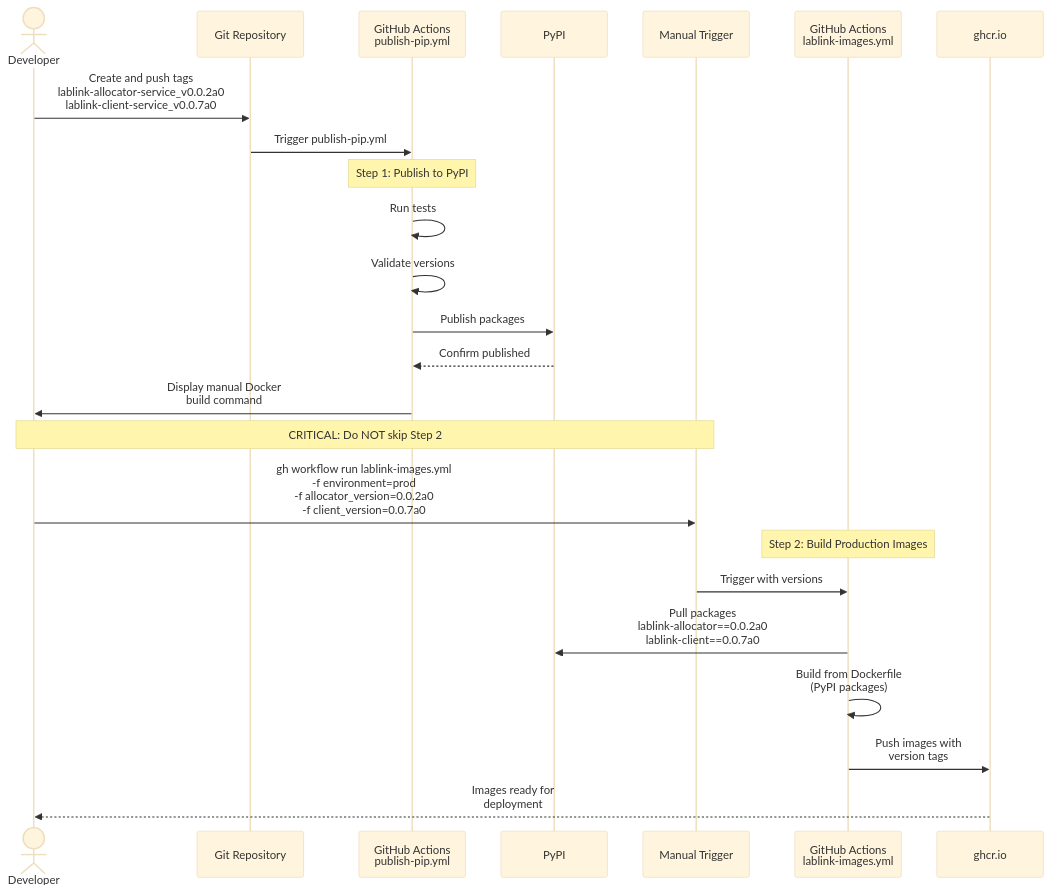
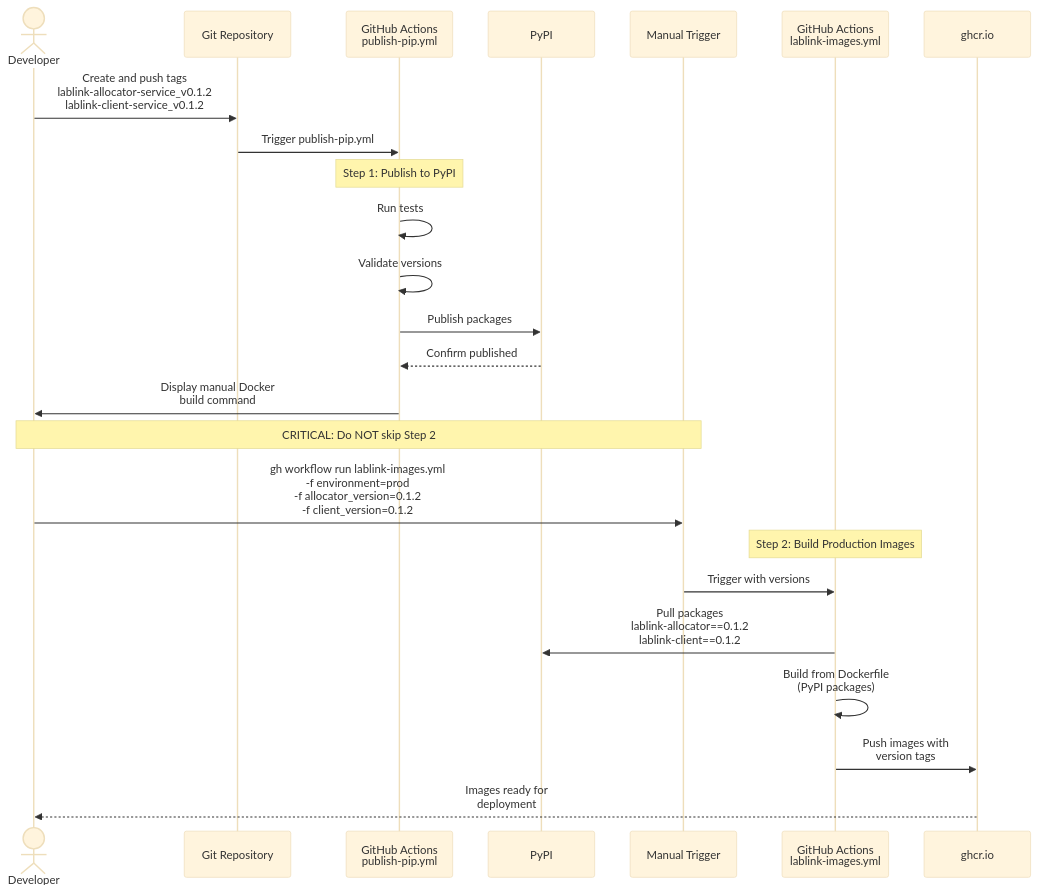
One commit to talmolab/lablink changed the third of 3 diagrams in docs/workflows.md. Above: the diagram before and after it, drawn with Mermaid (base theme). The commit also changed other lines of this file and 6 other files, not shown here.

````diff
--- a/docs/workflows.md
+++ b/docs/workflows.md
@@ -352,31 +352,31 @@
 ```mermaid
 sequenceDiagram
     actor Developer
     participant Git as Git Repository
     participant GHA as GitHub Actions<br/>publish-pip.yml
     participant PyPI
     participant Manual as Manual Trigger
     participant Build as GitHub Actions<br/>lablink-images.yml
     participant Registry as ghcr.io
 
-    Developer->>Git: Create and push tags<br/>lablink-allocator-service_v0.0.2a0<br/>lablink-client-service_v0.0.7a0
+    Developer->>Git: Create and push tags<br/>lablink-allocator-service_v0.1.2<br/>lablink-client-service_v0.1.2
     Git->>GHA: Trigger publish-pip.yml
 
     Note over GHA: Step 1: Publish to PyPI
     GHA->>GHA: Run tests
     GHA->>GHA: Validate versions
     GHA->>PyPI: Publish packages
     PyPI-->>GHA: Confirm published
     GHA->>Developer: Display manual Docker<br/>build command
 
     Note over Developer,Manual: CRITICAL: Do NOT skip Step 2
 
-    Developer->>Manual: gh workflow run lablink-images.yml<br/>-f environment=prod<br/>-f allocator_version=0.0.2a0<br/>-f client_version=0.0.7a0
+    Developer->>Manual: gh workflow run lablink-images.yml<br/>-f environment=prod<br/>-f allocator_version=0.1.2<br/>-f client_version=0.1.2
 
     Note over Build: Step 2: Build Production Images
     Manual->>Build: Trigger with versions
-    Build->>PyPI: Pull packages<br/>lablink-allocator==0.0.2a0<br/>lablink-client==0.0.7a0
+    Build->>PyPI: Pull packages<br/>lablink-allocator==0.1.2<br/>lablink-client==0.1.2
     Build->>Build: Build from Dockerfile<br/>(PyPI packages)
     Build->>Registry: Push images with<br/>version tags
     Registry-->>Developer: Images ready for<br/>deployment
 ```
````
